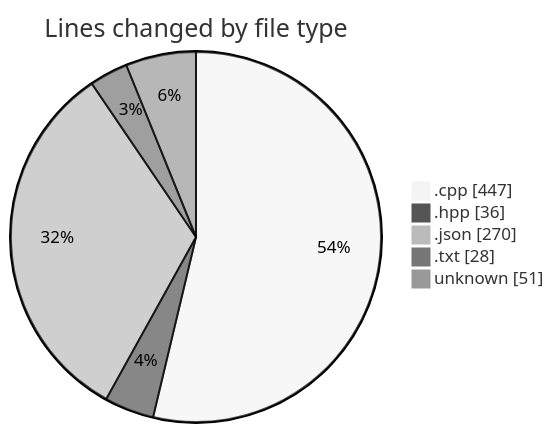
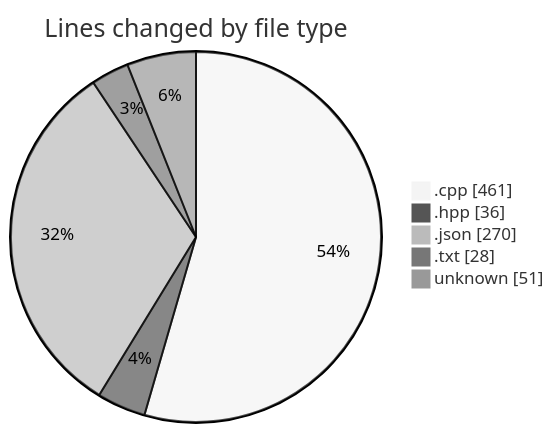
One commit to Netris89/code-tracking changed the first of 2 diagrams in 2025-04-06/echo/README.md. Above: the diagram before and after it, drawn with Mermaid (neutral theme). The commit also changed other lines of this file and 1 other file, not shown here.

````diff
--- a/2025-04-06/echo/README.md
+++ b/2025-04-06/echo/README.md
@@ -25,9 +25,9 @@
 ```mermaid
 pie showData
 title Lines changed by file type
-".cpp" : 447
+".cpp" : 461
 ".hpp" : 36
 ".json" : 270
 ".txt" : 28
 "unknown" : 51
 ```
````
